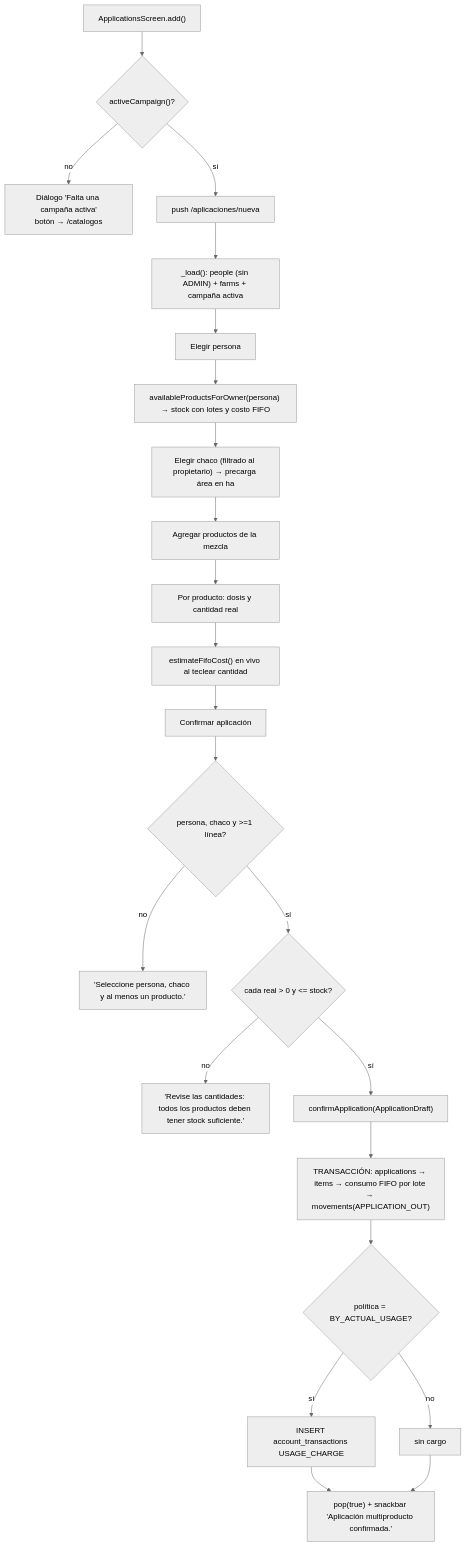
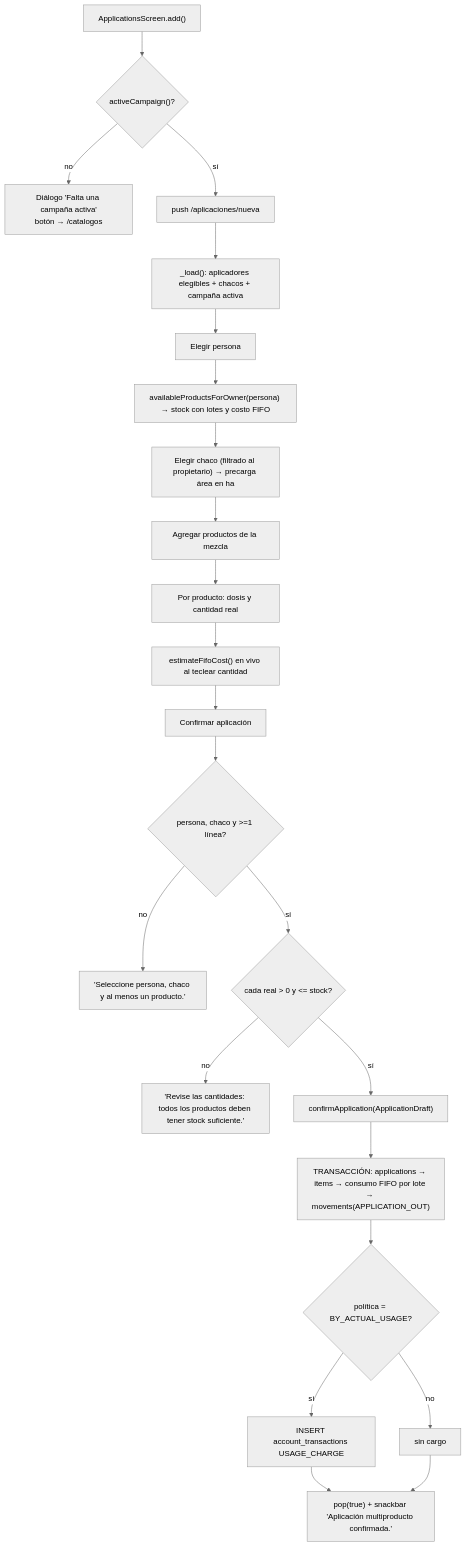
Before and after one commit to Roderich1/AppMovilAgroquimico: the fifth of 10 diagrams in docs/06_USER_FLOWS.md, drawn with Mermaid (neutral theme). The commit also changed other lines of this file and 18 other files, not shown here.

````diff
--- a/docs/06_USER_FLOWS.md
+++ b/docs/06_USER_FLOWS.md
@@ -155,25 +154,25 @@
 ```mermaid
 flowchart TD
     A["ApplicationsScreen.add()"] --> B{"activeCampaign()?"}
     B -->|no| C["Diálogo 'Falta una campaña activa'<br/>botón → /catalogos"]
     B -->|sí| D["push /aplicaciones/nueva"]
-    D --> E["_load(): people (sin ADMIN) + farms + campaña activa"]
+    D --> E["_load(): aplicadores elegibles + chacos + campaña activa"]
     E --> F["Elegir persona"]
     F --> G["availableProductsForOwner(persona) → stock con lotes y costo FIFO"]
     G --> H["Elegir chaco (filtrado al propietario) → precarga área en ha"]
     H --> I["Agregar productos de la mezcla"]
     I --> J["Por producto: dosis y cantidad real"]
     J --> K["estimateFifoCost() en vivo al teclear cantidad"]
     K --> L["Confirmar aplicación"]
     L --> M{"persona, chaco y >=1 línea?"}
     M -->|no| E1["'Seleccione persona, chaco y al menos un producto.'"]
     M -->|sí| N{"cada real > 0 y <= stock?"}
     N -->|no| E2["'Revise las cantidades: todos los productos deben tener stock suficiente.'"]
     N -->|sí| O["confirmApplication(ApplicationDraft)"]
     O --> P["TRANSACCIÓN: applications → items → consumo FIFO por lote → movements(APPLICATION_OUT)"]
     P --> Q{"política = BY_ACTUAL_USAGE?"}
     Q -->|sí| R["INSERT account_transactions USAGE_CHARGE"]
     Q -->|no| S["sin cargo"]
     R --> T["pop(true) + snackbar 'Aplicación multiproducto confirmada.'"]
     S --> T
 ```
````
